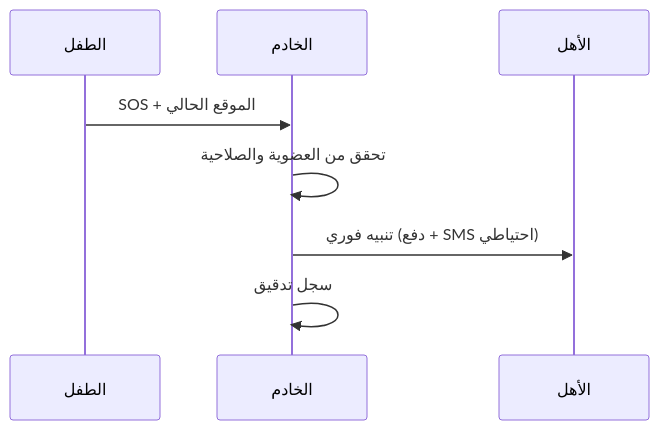
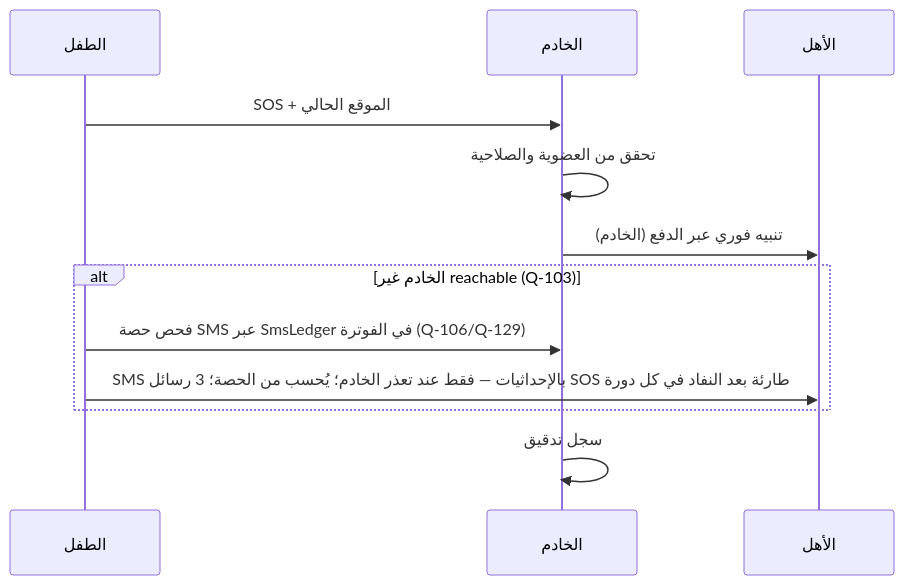
Before and after one commit to Bassam-mohammed-alqaeadi/family-os-v2: the sixth of 9 diagrams in docs/family-os/governance/architecture/ARCHITECTURE.md, drawn with Mermaid. The commit also changed other lines of this file and 11 other files, not shown here.

````diff
--- a/docs/family-os/governance/architecture/ARCHITECTURE.md
+++ b/docs/family-os/governance/architecture/ARCHITECTURE.md
@@ -260,10 +268,14 @@
 ```mermaid
 sequenceDiagram
     participant C as الطفل
     participant S as الخادم
     participant P as الأهل
     C->>S: SOS + الموقع الحالي
     S->>S: تحقق من العضوية والصلاحية
-    S->>P: تنبيه فوري (دفع + SMS احتياطي)
+    S->>P: تنبيه فوري عبر الدفع (الخادم)
+    alt الخادم غير reachable (Q-103)
+        C->>S: فحص حصة SMS عبر SmsLedger في الفوترة (Q-106/Q-129)
+        C->>P: SMS بالإحداثيات — فقط عند تعذر الخادم؛ يُحسب من الحصة؛ 3 رسائل SOS طارئة بعد النفاد في كل دورة
+    end
     S->>S: سجل تدقيق
 ```
````
